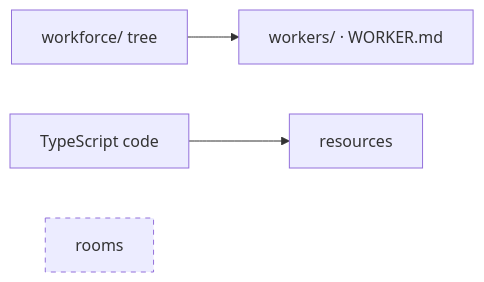
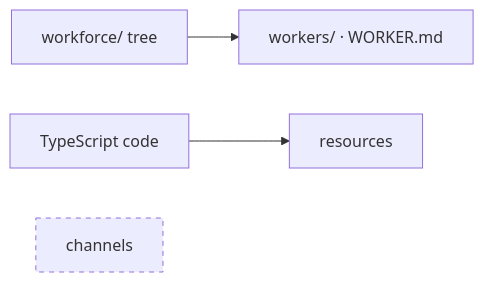
The first of 3 diagrams in spec/FIX-1352.explainer.md (fixpoint-labs/flow-state-dev), drawn with Mermaid before and after one commit. The commit also changed other lines of this file and 1 other file, not shown here.

First line of the commit message:
spec(FIX-1352): rename the convention to channels, per the owner rewrite

````diff
--- a/spec/FIX-1352.explainer.md
+++ b/spec/FIX-1352.explainer.md
@@ -10,8 +10,8 @@
 ```mermaid
 flowchart LR
   TREE["workforce/ tree"] --> W["workers/ · WORKER.md"]
   CODE["TypeScript code"] --> RES["resources"]
-  R["rooms"]
+  CH["channels"]
   classDef none stroke-dasharray:5 5
-  class R none
+  class CH none
 ```
````
